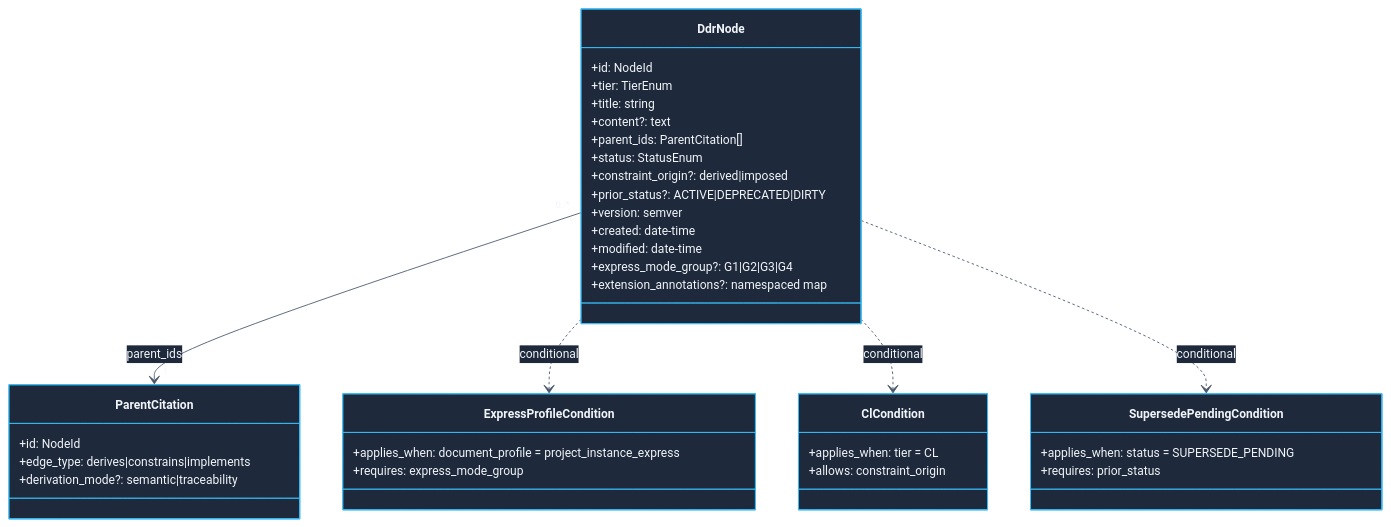
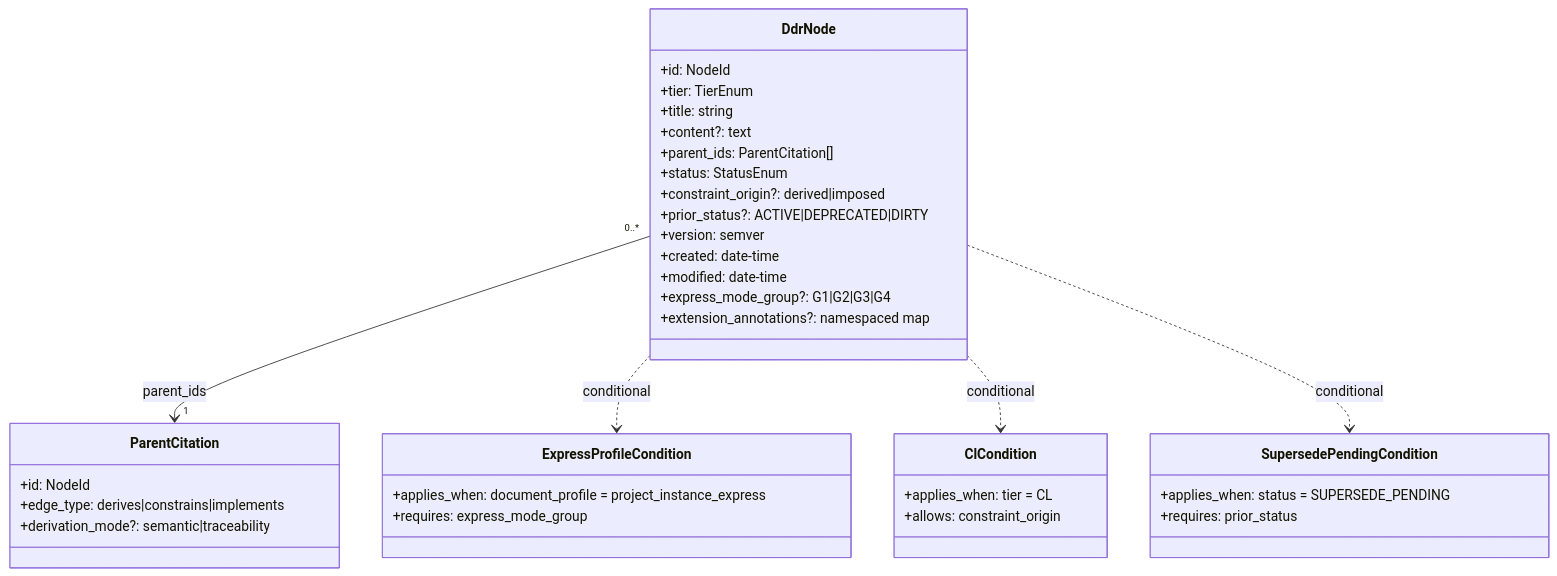
Before and after one commit to formosa/Antigravity: the seventh of 28 diagrams in .agent/assets/proposals/active/v6.3/ddr_ref_manual_v6.3.md, drawn with Mermaid. The commit also changed other lines of this file and 4 other files, not shown here.

Commit message:
fix: restore Lumina CSS layout and resolve Mermaid diagram parsing issues by removing restrictive div wrappers

````diff
--- a/.agent/assets/proposals/active/v6.3/ddr_ref_manual_v6.3.md
+++ b/.agent/assets/proposals/active/v6.3/ddr_ref_manual_v6.3.md
@@ -683,60 +1105,83 @@
 ```mermaid
-%%{
-  init: {
-    'theme': 'base',
-    'themeVariables': {
-      'primaryColor': '#1e293b',
-      'primaryTextColor': '#f1f5f9',
-      'primaryBorderColor': '#38bdf8',
-      'lineColor': '#475569',
-      'secondaryColor': '#0f172a',
-      'tertiaryColor': '#0f172a',
-      'clusterBkg': 'rgba(30, 41, 59, 0.5)',
-      'clusterBorder': '#475569',
-      'fontSize': '14px',
-      'fontFamily': 'Inter, system-ui, sans-serif',
-      'nodeBorder': '#38bdf8'
-    }
-  }
-}%%
+
 classDiagram
+
     accTitle: DdrNode and ParentCitation conditional structure
+
     accDescr: Shows the closed node contract, the typed parent citation surface, and the conditional branches that activate express-mode, CL-only, and SUPERSEDE_PENDING-only fields.
+
     class DdrNode {
+
       +id: NodeId
+
       +tier: TierEnum
+
       +title: string
+
       +content?: text
+
       +parent_ids: ParentCitation[]
+
       +status: StatusEnum
+
       +constraint_origin?: derived|imposed
+
       +prior_status?: ACTIVE|DEPRECATED|DIRTY
+
       +version: semver
+
       +created: date-time
+
       +modified: date-time
+
       +express_mode_group?: G1|G2|G3|G4
+
       +extension_annotations?: namespaced map
-    }
-    class ParentCitation {
-      +id: NodeId
-      +edge_type: derives|constrains|implements
-      +derivation_mode?: semantic|traceability
-    }
-    class ExpressProfileCondition {
-      +applies_when: document_profile = project_instance_express
-      +requires: express_mode_group
-    }
-    class ClCondition {
-      +applies_when: tier = CL
-      +allows: constraint_origin
-    }
-    class SupersedePendingCondition {
-      +applies_when: status = SUPERSEDE_PENDING
-      +requires: prior_status
+
     }
 
+    class ParentCitation {
+
+      +id: NodeId
+
+      +edge_type: derives|constrains|implements
+
+      +derivation_mode?: semantic|traceability
+
+    }
+
+    class ExpressProfileCondition {
+
+      +applies_when: document_profile = project_instance_express
+
+      +requires: express_mode_group
+
+    }
+
+    class ClCondition {
+
+      +applies_when: tier = CL
+
+      +allows: constraint_origin
+
+    }
+
+    class SupersedePendingCondition {
+
+      +applies_when: status = SUPERSEDE_PENDING
+
+      +requires: prior_status
+
+    }
+
+
+
     DdrNode "0..*" --> "1" ParentCitation : parent_ids
+
     DdrNode ..> ExpressProfileCondition : conditional
+
     DdrNode ..> ClCondition : conditional
+
     DdrNode ..> SupersedePendingCondition : conditional
+
 ```
````
